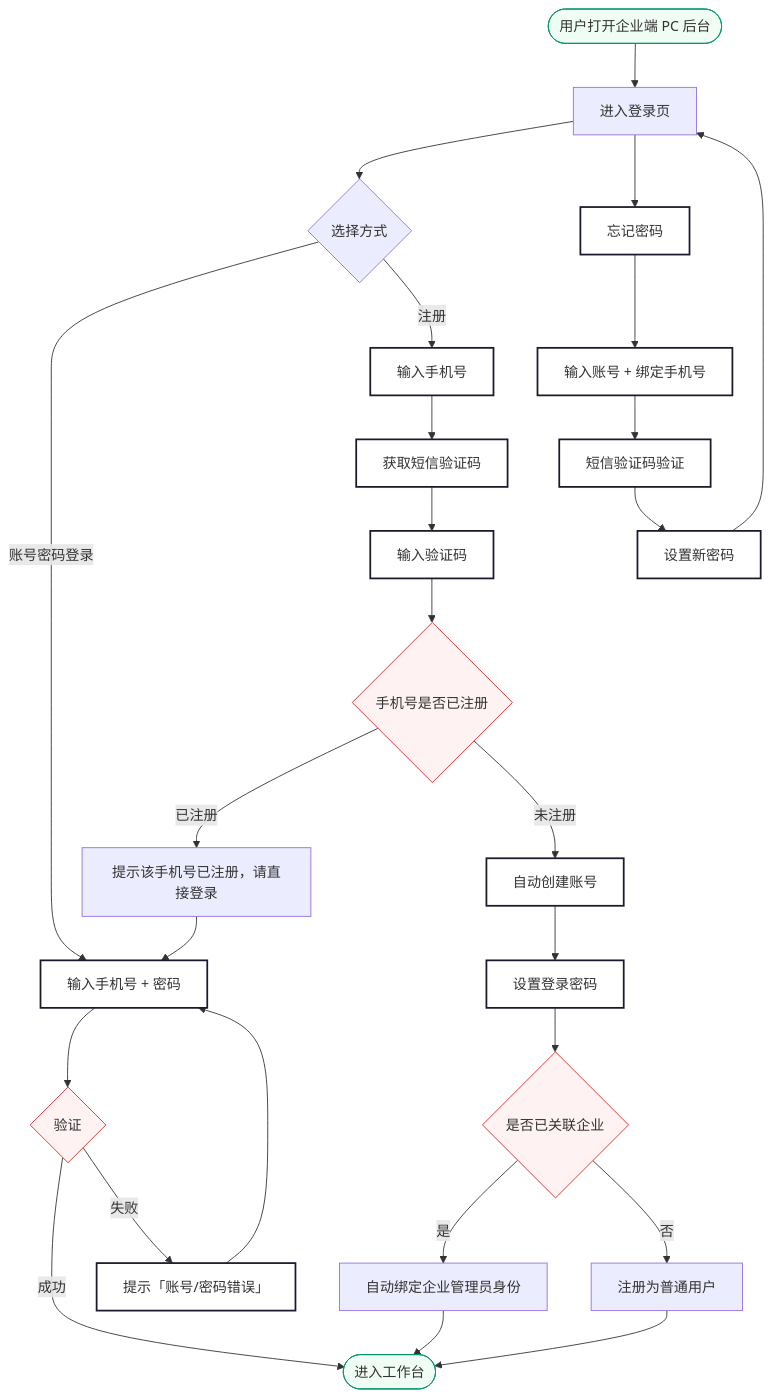
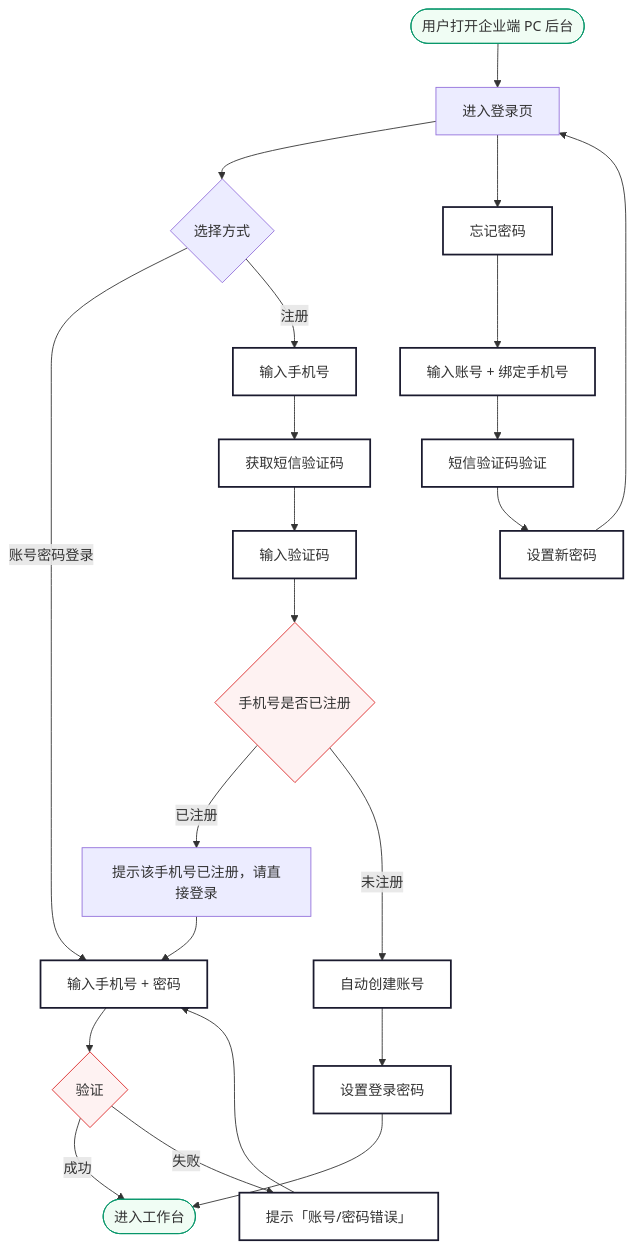
The first of 3 diagrams in 企业端需求规格说明.md (klayhuzhenx/zunchuxing), drawn with Mermaid before and after one commit. The commit also changed other lines of this file and 84 other files, not shown here.

````diff
--- a/企业端需求规格说明.md
+++ b/企业端需求规格说明.md
@@ -53,35 +51,31 @@
 ```mermaid
 graph TD
     A(["用户打开企业端 PC 后台"]) --> B["进入登录页"]
     B --> C{"选择方式"}
     C --> |账号密码登录| D["输入手机号 + 密码"]
     D --> E{"验证"}
     E --> |成功| F(["进入工作台"])
     E --> |失败| G["提示「账号/密码错误」"]
     G --> D
     C --> |注册| H["输入手机号"]
     H --> I["获取短信验证码"]
     I --> J["输入验证码"]
     J --> K{"手机号是否已注册"}
     K --> |已注册| L["提示该手机号已注册，请直接登录"]
     L --> D
     K --> |未注册| M["自动创建账号"]
     M --> N["设置登录密码"]
-    N --> O{"是否已关联企业"}
-    O --> |是| P["自动绑定企业管理员身份"]
-    O --> |否| Q["注册为普通用户"]
-    P --> F
-    Q --> F
+    N --> F
     B --> R["忘记密码"]
     R --> S["输入账号 + 绑定手机号"]
     S --> T["短信验证码验证"]
     T --> U["设置新密码"]
     U --> B
 
     classDef step fill:#fff,stroke:#1a1a2e,stroke-width:2px
     classDef terminal fill:#f0fdf4,stroke:#059669
     classDef warn fill:#fef2f2,stroke:#dc2626
     class D,G,H,I,J,M,N,R,S,T,U step
     class A,F terminal
-    class E,K,O warn
+    class E,K warn
 ```
````
